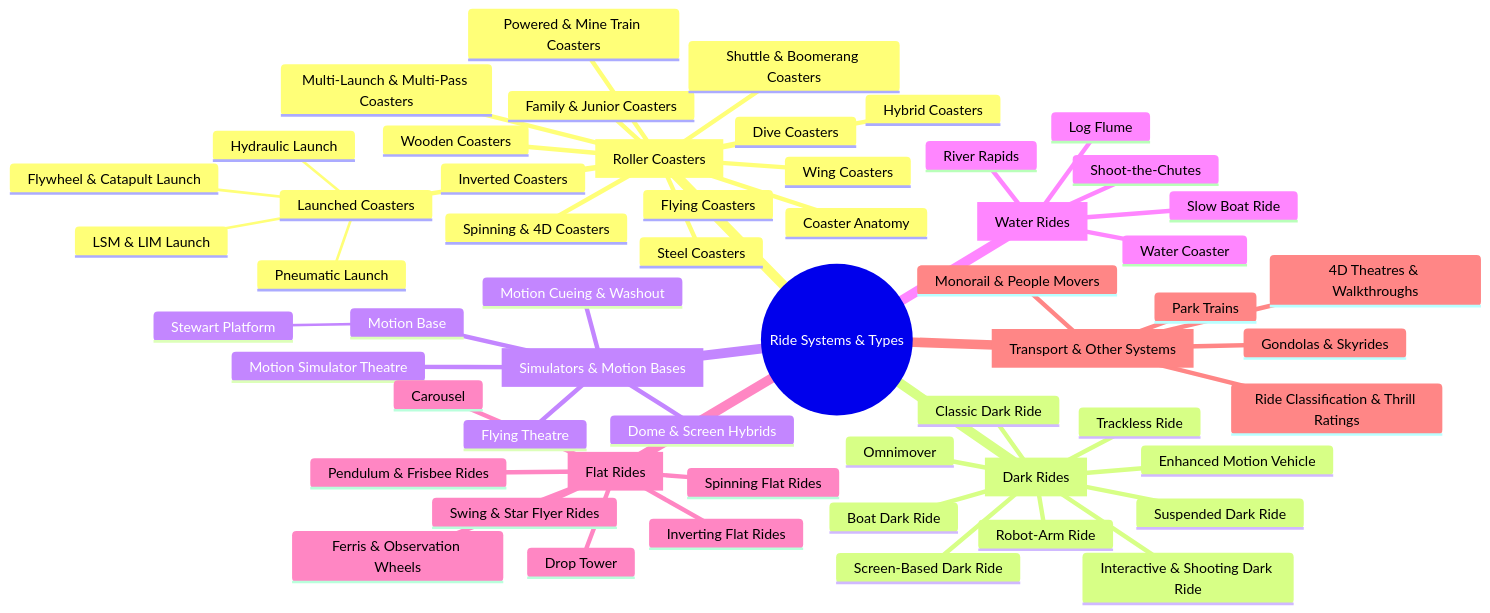
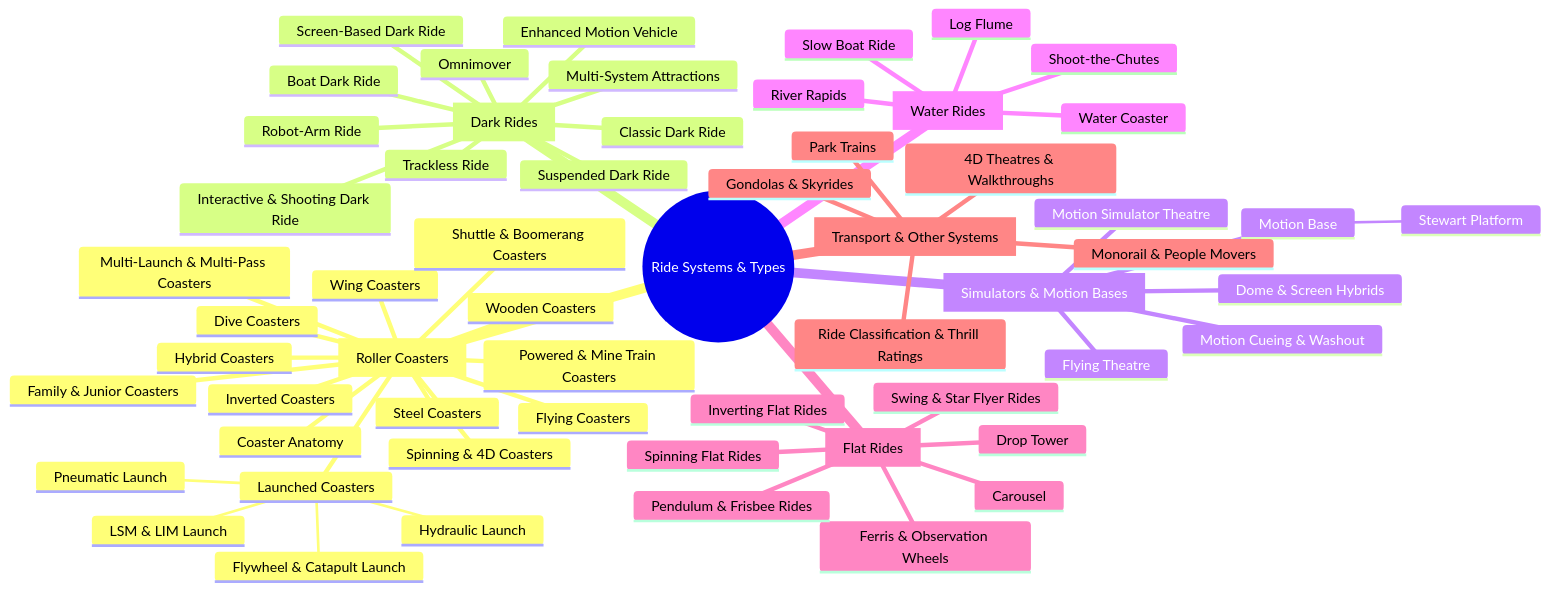
The diagram in content/mindmaps/ride-systems.md (harsh20k/theme-park-ride-design), drawn with Mermaid before and after one commit. The commit also changed 41 other files, not shown here.

````diff
--- a/content/mindmaps/ride-systems.md
+++ b/content/mindmaps/ride-systems.md
@@ -3,60 +3,61 @@
 ```mermaid
 mindmap
   root((Ride Systems & Types))
     roller_coasters[Roller Coasters]
       Coaster Anatomy
       Wooden Coasters
       Steel Coasters
       Hybrid Coasters
       Launched Coasters
         LSM & LIM Launch
         Hydraulic Launch
         Pneumatic Launch
         Flywheel & Catapult Launch
       Inverted Coasters
       Wing Coasters
       Flying Coasters
       Dive Coasters
       Spinning & 4D Coasters
       Family & Junior Coasters
       Shuttle & Boomerang Coasters
       Multi-Launch & Multi-Pass Coasters
       Powered & Mine Train Coasters
     dark_rides[Dark Rides]
       Classic Dark Ride
       Omnimover
       Trackless Ride
       Enhanced Motion Vehicle
       Robot-Arm Ride
       Interactive & Shooting Dark Ride
       Boat Dark Ride
       Suspended Dark Ride
       Screen-Based Dark Ride
+      Multi-System Attractions
     simulators_and_motion_bases[Simulators & Motion Bases]
       Motion Base
         Stewart Platform
       Flying Theatre
       Motion Simulator Theatre
       Dome & Screen Hybrids
       Motion Cueing & Washout
     water_rides[Water Rides]
       Log Flume
       River Rapids
       Shoot-the-Chutes
       Water Coaster
       Slow Boat Ride
     flat_rides[Flat Rides]
       Carousel
       Ferris & Observation Wheels
       Drop Tower
       Pendulum & Frisbee Rides
       Swing & Star Flyer Rides
       Inverting Flat Rides
       Spinning Flat Rides
     transport_and_other[Transport & Other Systems]
       Monorail & People Movers
       Park Trains
       Gondolas & Skyrides
       4D Theatres & Walkthroughs
       Ride Classification & Thrill Ratings
 ```
````
